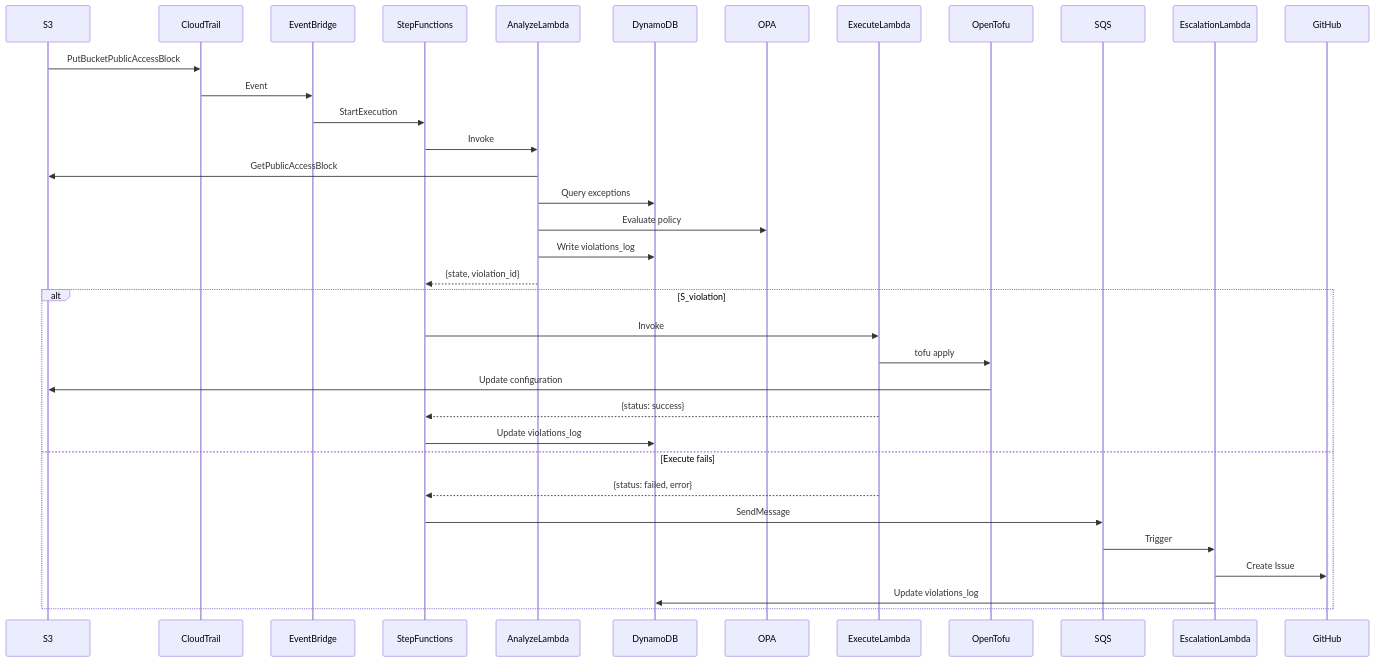
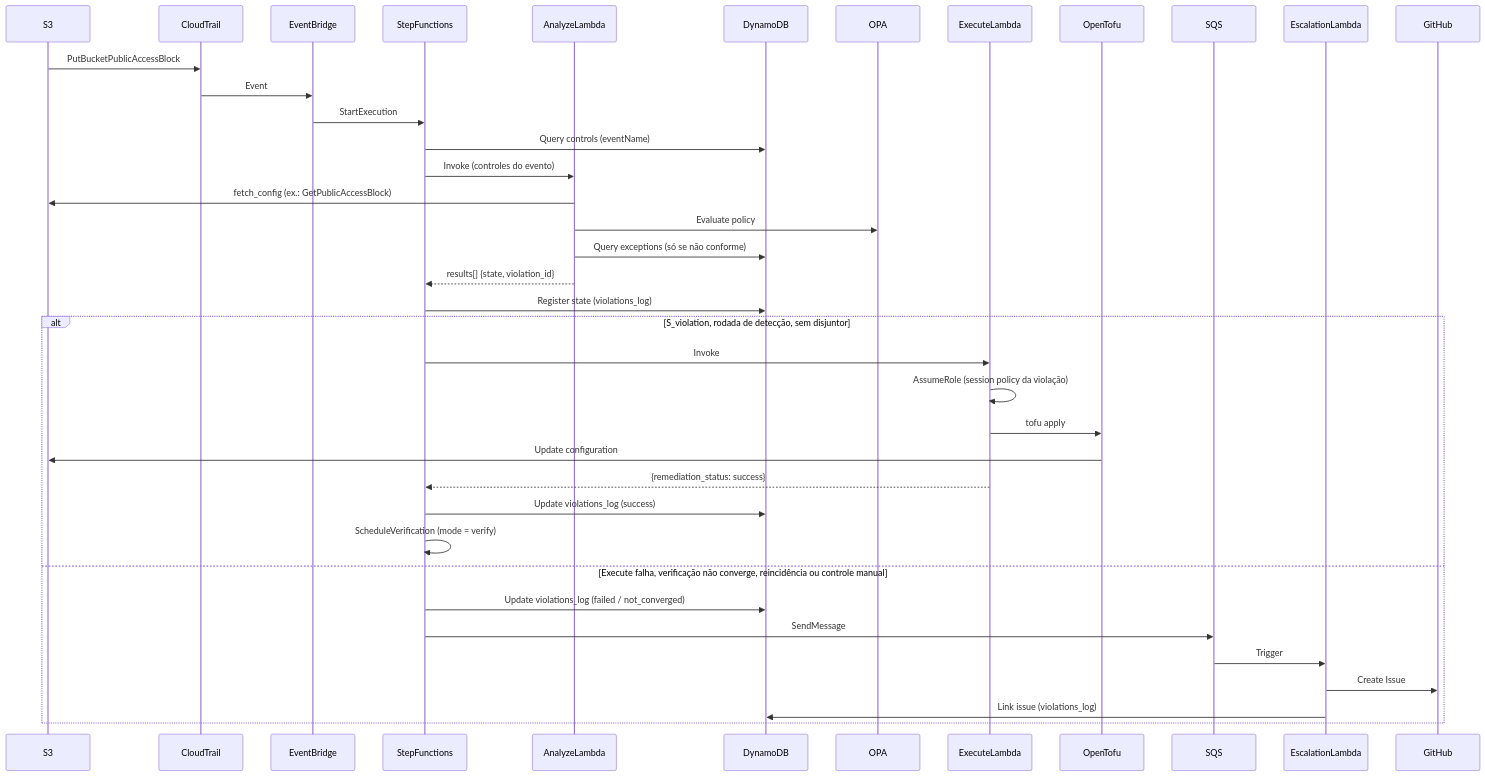
Before and after one commit to ricardoandreh/compliance-loop: the third of 6 diagrams in .kiro/specs/mvp-compliance-automation-loop/design.md, drawn with Mermaid. The commit also changed other lines of this file and 3 other files, not shown here.

````diff
--- a/.kiro/specs/mvp-compliance-automation-loop/design.md
+++ b/.kiro/specs/mvp-compliance-automation-loop/design.md
@@ -119,39 +136,42 @@
 ```mermaid
 sequenceDiagram
     participant S3
     participant CloudTrail
     participant EventBridge
     participant StepFunctions
     participant AnalyzeLambda
     participant DynamoDB
     participant OPA
     participant ExecuteLambda
     participant OpenTofu
     participant SQS
     participant EscalationLambda
     participant GitHub
     
     S3->>CloudTrail: PutBucketPublicAccessBlock
     CloudTrail->>EventBridge: Event
     EventBridge->>StepFunctions: StartExecution
-    StepFunctions->>AnalyzeLambda: Invoke
-    AnalyzeLambda->>S3: GetPublicAccessBlock
-    AnalyzeLambda->>DynamoDB: Query exceptions
+    StepFunctions->>DynamoDB: Query controls (eventName)
+    StepFunctions->>AnalyzeLambda: Invoke (controles do evento)
+    AnalyzeLambda->>S3: fetch_config (ex.: GetPublicAccessBlock)
     AnalyzeLambda->>OPA: Evaluate policy
-    AnalyzeLambda->>DynamoDB: Write violations_log
-    AnalyzeLambda-->>StepFunctions: {state, violation_id}
-    
-    alt S_violation
+    AnalyzeLambda->>DynamoDB: Query exceptions (só se não conforme)
+    AnalyzeLambda-->>StepFunctions: results[] {state, violation_id}
+    StepFunctions->>DynamoDB: Register state (violations_log)
+
+    alt S_violation, rodada de detecção, sem disjuntor
         StepFunctions->>ExecuteLambda: Invoke
+        ExecuteLambda->>ExecuteLambda: AssumeRole (session policy da violação)
         ExecuteLambda->>OpenTofu: tofu apply
         OpenTofu->>S3: Update configuration
-        ExecuteLambda-->>StepFunctions: {status: success}
-        StepFunctions->>DynamoDB: Update violations_log
-    else Execute fails
-        ExecuteLambda-->>StepFunctions: {status: failed, error}
+        ExecuteLambda-->>StepFunctions: {remediation_status: success}
+        StepFunctions->>DynamoDB: Update violations_log (success)
+        StepFunctions->>StepFunctions: ScheduleVerification (mode = verify)
+    else Execute falha, verificação não converge, reincidência ou controle manual
+        StepFunctions->>DynamoDB: Update violations_log (failed / not_converged)
         StepFunctions->>SQS: SendMessage
         SQS->>EscalationLambda: Trigger
         EscalationLambda->>GitHub: Create Issue
-        EscalationLambda->>DynamoDB: Update violations_log
+        EscalationLambda->>DynamoDB: Link issue (violations_log)
     end
 ```
````
